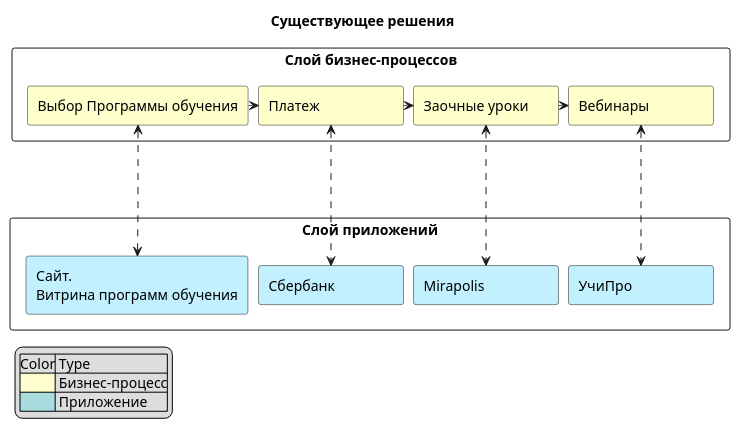
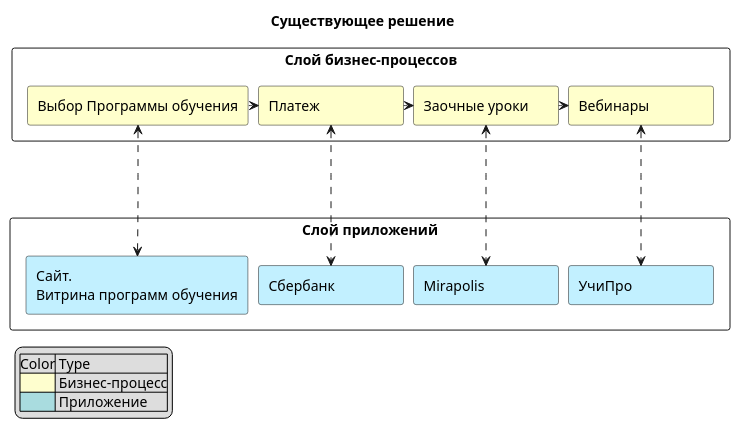
One commit to PortnovAlex80/node_js_pro changed the diagram in api-warehouse/diagrams/medicomponentdia.iuml. Above: the diagram before and after it, drawn with PlantUML.

```diff
--- a/api-warehouse/diagrams/medicomponentdia.iuml
+++ b/api-warehouse/diagrams/medicomponentdia.iuml
@@ -1,37 +1,37 @@
 @startuml
 skinparam minClassWidth 125
 skinparam nodesep 10
 skinparam ranksep 10
 
-title "Cуществующее решения"
+title "Cуществующее решение"
 
 rectangle "Слой приложений" {
 rectangle Mirapolis as MP   #Application 
 rectangle УчиПро as UPR #Application 
 rectangle Сбербанк as SBRPAY #Application
 rectangle "Сайт. \nВитрина программ обучения" as SITE  #Application
 }
 
 rectangle "Слой бизнес-процессов" {
 rectangle "Заочные уроки" as OFFLINE #Business 
 rectangle "Вебинары" as WEBINAR #Business 
 rectangle "Платеж" as PAY #Business 
 rectangle "Выбор Программы обучения" as EDUPROG #Business
 }
 
 EDUPROG ...-Right....>  PAY 
 PAY ....-Right...>  OFFLINE 
 OFFLINE ....-Right...>  WEBINAR
 
 EDUPROG <.......> SITE  
 PAY <.......> SBRPAY
 OFFLINE <.......> MP
 WEBINAR <.......> UPR
 
 
 legend left
     |Color| Type |
     |<#FEFECE>| Бизнес-процесс|
     |<#A9DCDF>| Приложение|
 endlegend
 @enduml
```
